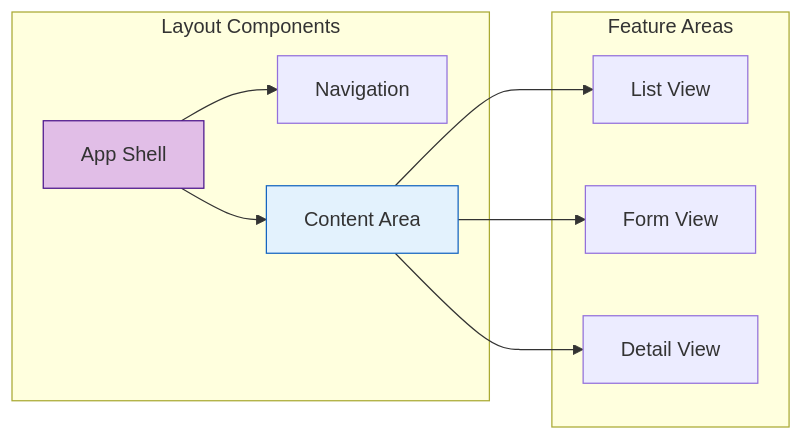
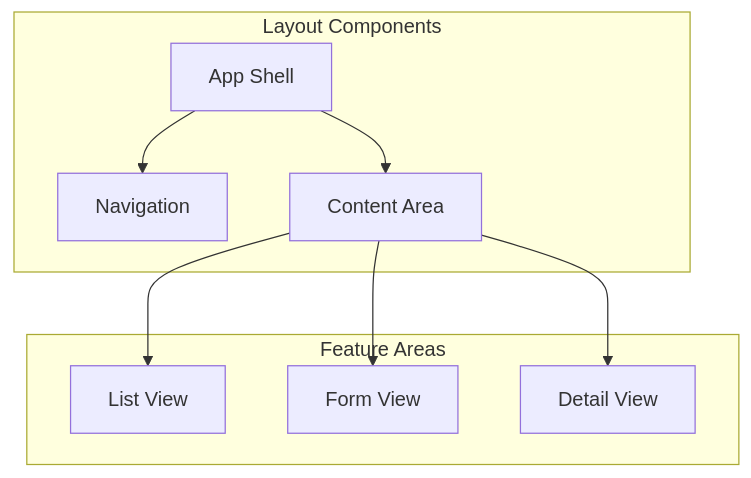
Before and after one commit to o2alexanderfedin/angular-cas-disot: the fifth of 6 diagrams in docs/components/layout-components.md, drawn with Mermaid. The commit also changed other lines of this file and 18 other files, not shown here.

````diff
--- a/docs/components/layout-components.md
+++ b/docs/components/layout-components.md
@@ -275,23 +272,20 @@
 ```mermaid
-graph LR
+graph TD
     subgraph "Layout Components"
         APP[App Shell]
         NAV[Navigation]
         CONTENT[Content Area]
     end
     
     subgraph "Feature Areas"
         LIST[List View]
         FORM[Form View]
         DETAIL[Detail View]
     end
     
     APP --> NAV
     APP --> CONTENT
     CONTENT --> LIST
     CONTENT --> FORM
     CONTENT --> DETAIL
-    
-    style APP fill:#e1bee7,stroke:#4a148c
-    style CONTENT fill:#e3f2fd,stroke:#1565c0
 ```
````
